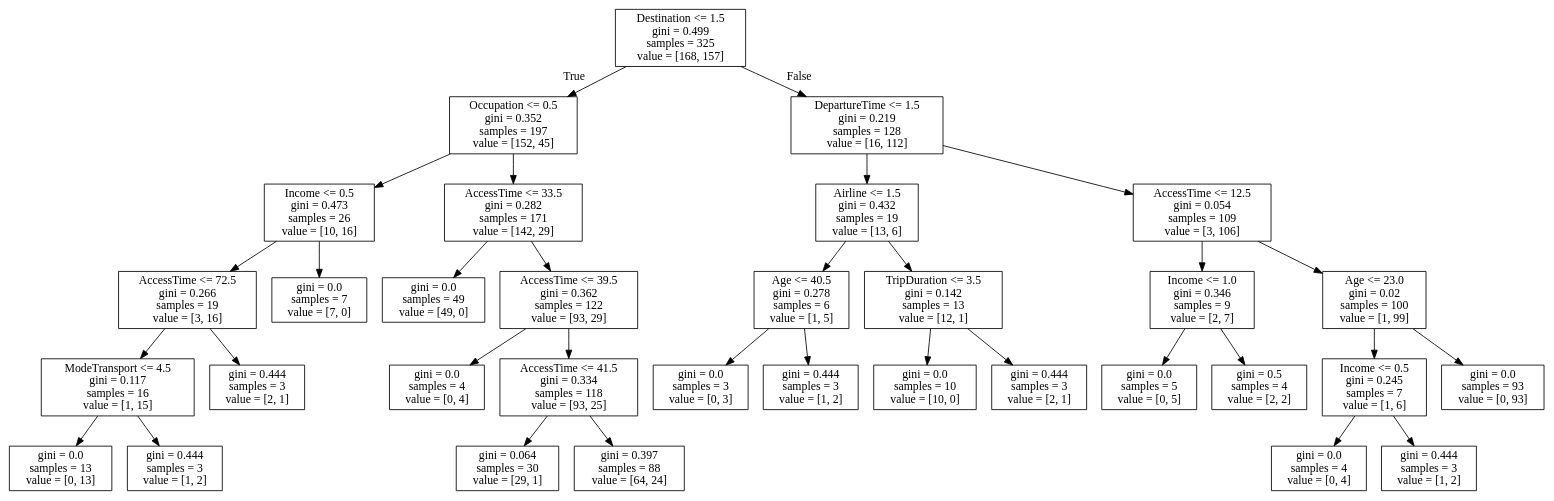
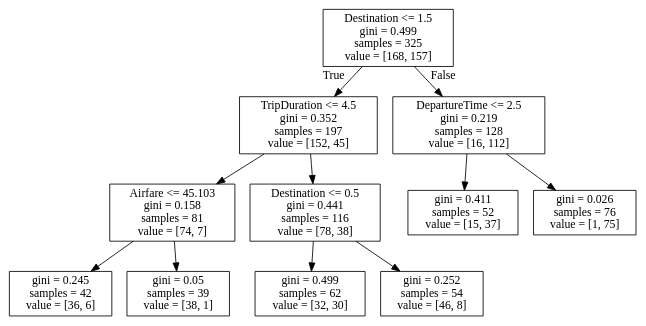
One commit to haoditu/BUAN_5310_ML changed the diagram in Dtree_airport_2.dot. Above: the diagram before and after it, drawn with Graphviz. The commit also changed 4 other files, not shown here.

```diff
--- a/Dtree_airport_2.dot
+++ b/Dtree_airport_2.dot
@@ -1,68 +1,24 @@
 digraph Tree {
 node [shape=box] ;
 0 [label="Destination <= 1.5\ngini = 0.499\nsamples = 325\nvalue = [168, 157]"] ;
-1 [label="Occupation <= 0.5\ngini = 0.352\nsamples = 197\nvalue = [152, 45]"] ;
+1 [label="TripDuration <= 4.5\ngini = 0.352\nsamples = 197\nvalue = [152, 45]"] ;
 0 -> 1 [labeldistance=2.5, labelangle=45, headlabel="True"] ;
-2 [label="Income <= 0.5\ngini = 0.473\nsamples = 26\nvalue = [10, 16]"] ;
+2 [label="Airfare <= 45.103\ngini = 0.158\nsamples = 81\nvalue = [74, 7]"] ;
 1 -> 2 ;
-3 [label="AccessTime <= 72.5\ngini = 0.266\nsamples = 19\nvalue = [3, 16]"] ;
+3 [label="gini = 0.245\nsamples = 42\nvalue = [36, 6]"] ;
 2 -> 3 ;
-4 [label="ModeTransport <= 4.5\ngini = 0.117\nsamples = 16\nvalue = [1, 15]"] ;
-3 -> 4 ;
-5 [label="gini = 0.0\nsamples = 13\nvalue = [0, 13]"] ;
-4 -> 5 ;
-6 [label="gini = 0.444\nsamples = 3\nvalue = [1, 2]"] ;
-4 -> 6 ;
-7 [label="gini = 0.444\nsamples = 3\nvalue = [2, 1]"] ;
-3 -> 7 ;
-8 [label="gini = 0.0\nsamples = 7\nvalue = [7, 0]"] ;
-2 -> 8 ;
-9 [label="AccessTime <= 33.5\ngini = 0.282\nsamples = 171\nvalue = [142, 29]"] ;
-1 -> 9 ;
-10 [label="gini = 0.0\nsamples = 49\nvalue = [49, 0]"] ;
-9 -> 10 ;
-11 [label="AccessTime <= 39.5\ngini = 0.362\nsamples = 122\nvalue = [93, 29]"] ;
-9 -> 11 ;
-12 [label="gini = 0.0\nsamples = 4\nvalue = [0, 4]"] ;
-11 -> 12 ;
-13 [label="AccessTime <= 41.5\ngini = 0.334\nsamples = 118\nvalue = [93, 25]"] ;
-11 -> 13 ;
-14 [label="gini = 0.064\nsamples = 30\nvalue = [29, 1]"] ;
-13 -> 14 ;
-15 [label="gini = 0.397\nsamples = 88\nvalue = [64, 24]"] ;
-13 -> 15 ;
-16 [label="DepartureTime <= 1.5\ngini = 0.219\nsamples = 128\nvalue = [16, 112]"] ;
-0 -> 16 [labeldistance=2.5, labelangle=-45, headlabel="False"] ;
-17 [label="Airline <= 1.5\ngini = 0.432\nsamples = 19\nvalue = [13, 6]"] ;
-16 -> 17 ;
-18 [label="Age <= 40.5\ngini = 0.278\nsamples = 6\nvalue = [1, 5]"] ;
-17 -> 18 ;
-19 [label="gini = 0.0\nsamples = 3\nvalue = [0, 3]"] ;
-18 -> 19 ;
-20 [label="gini = 0.444\nsamples = 3\nvalue = [1, 2]"] ;
-18 -> 20 ;
-21 [label="TripDuration <= 3.5\ngini = 0.142\nsamples = 13\nvalue = [12, 1]"] ;
-17 -> 21 ;
-22 [label="gini = 0.0\nsamples = 10\nvalue = [10, 0]"] ;
-21 -> 22 ;
-23 [label="gini = 0.444\nsamples = 3\nvalue = [2, 1]"] ;
-21 -> 23 ;
-24 [label="AccessTime <= 12.5\ngini = 0.054\nsamples = 109\nvalue = [3, 106]"] ;
-16 -> 24 ;
-25 [label="Income <= 1.0\ngini = 0.346\nsamples = 9\nvalue = [2, 7]"] ;
-24 -> 25 ;
-26 [label="gini = 0.0\nsamples = 5\nvalue = [0, 5]"] ;
-25 -> 26 ;
-27 [label="gini = 0.5\nsamples = 4\nvalue = [2, 2]"] ;
-25 -> 27 ;
-28 [label="Age <= 23.0\ngini = 0.02\nsamples = 100\nvalue = [1, 99]"] ;
-24 -> 28 ;
-29 [label="Income <= 0.5\ngini = 0.245\nsamples = 7\nvalue = [1, 6]"] ;
-28 -> 29 ;
-30 [label="gini = 0.0\nsamples = 4\nvalue = [0, 4]"] ;
-29 -> 30 ;
-31 [label="gini = 0.444\nsamples = 3\nvalue = [1, 2]"] ;
-29 -> 31 ;
-32 [label="gini = 0.0\nsamples = 93\nvalue = [0, 93]"] ;
-28 -> 32 ;
+4 [label="gini = 0.05\nsamples = 39\nvalue = [38, 1]"] ;
+2 -> 4 ;
+5 [label="Destination <= 0.5\ngini = 0.441\nsamples = 116\nvalue = [78, 38]"] ;
+1 -> 5 ;
+6 [label="gini = 0.499\nsamples = 62\nvalue = [32, 30]"] ;
+5 -> 6 ;
+7 [label="gini = 0.252\nsamples = 54\nvalue = [46, 8]"] ;
+5 -> 7 ;
+8 [label="DepartureTime <= 2.5\ngini = 0.219\nsamples = 128\nvalue = [16, 112]"] ;
+0 -> 8 [labeldistance=2.5, labelangle=-45, headlabel="False"] ;
+9 [label="gini = 0.411\nsamples = 52\nvalue = [15, 37]"] ;
+8 -> 9 ;
+10 [label="gini = 0.026\nsamples = 76\nvalue = [1, 75]"] ;
+8 -> 10 ;
 }
```
